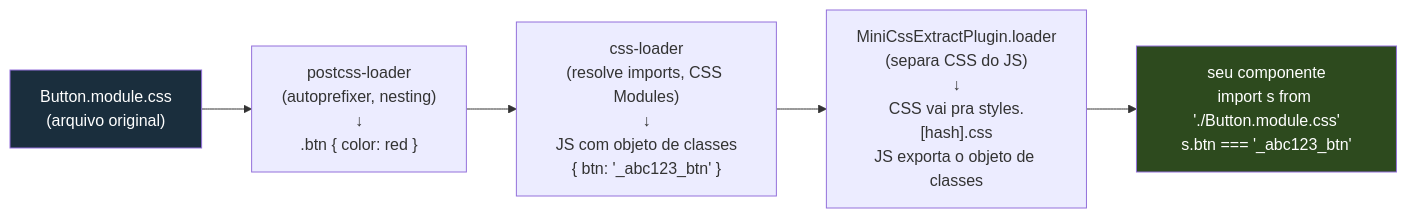
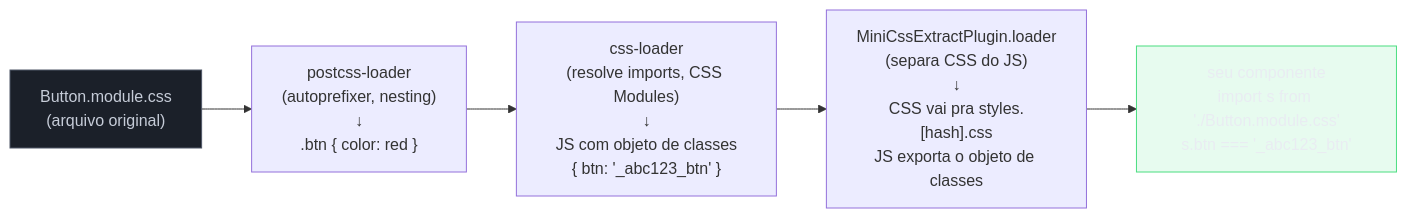
One commit to josenaldo/codex-technomanticus changed the third of 10 diagrams in 03-Dominios/Tecnologia/Tooling e Build/11 - webpack - o veterano.md. Above: the diagram before and after it, drawn with Mermaid. The commit also changed other lines of this file and 1181 other files, not shown here.

First line of the commit message:
fix(diagramas): paleta do sistema no lugar de cor cravada no markdown

````diff
--- a/03-Dominios/Tecnologia/Tooling e Build/11 - webpack - o veterano.md
+++ b/03-Dominios/Tecnologia/Tooling e Build/11 - webpack - o veterano.md
@@ -206,13 +211,15 @@
 ```mermaid
 flowchart LR
+    classDef neutro fill:#1B2029,stroke:#4E5666,color:#C6CCD8
+    classDef ok fill:#4ADE8021,stroke:#4ADE80,color:#E9ECF2
     CSS["Button.module.css\n(arquivo original)"]
     POSTCSS["postcss-loader\n(autoprefixer, nesting)\n↓\n.btn { color: red }"]
     CSSLOADER["css-loader\n(resolve imports, CSS Modules)\n↓\nJS com objeto de classes\n{ btn: '_abc123_btn' }"]
     EXTRACT["MiniCssExtractPlugin.loader\n(separa CSS do JS)\n↓\nCSS vai pra styles.[hash].css\nJS exporta o objeto de classes"]
     IMPORT["seu componente\nimport s from './Button.module.css'\ns.btn === '_abc123_btn'"]
 
     CSS --> POSTCSS --> CSSLOADER --> EXTRACT --> IMPORT
 
-    style CSS fill:#1a2e3d,color:#fff
-    style IMPORT fill:#2d4a1e,color:#fff
+    class CSS neutro
+    class IMPORT ok
 ```
````
